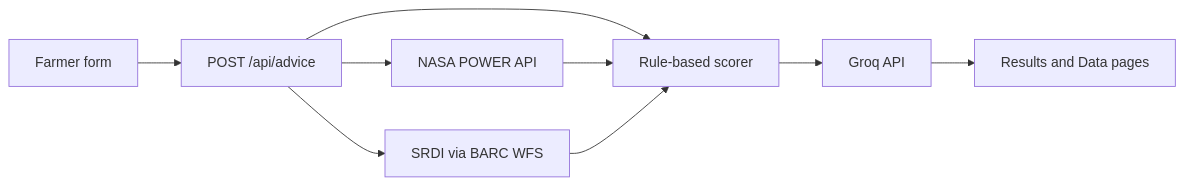
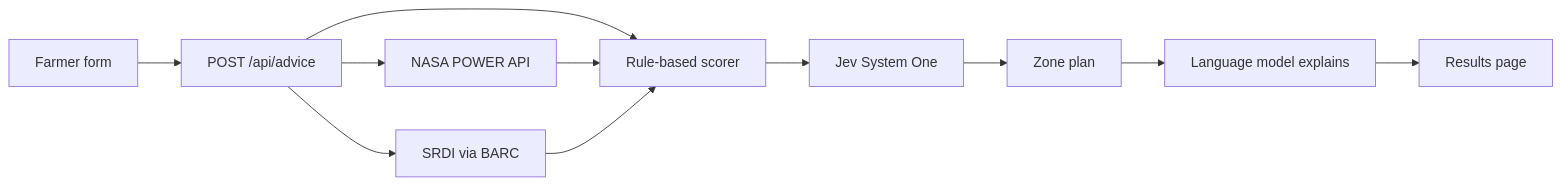
One commit to Itsmmdoha/nasa_sac changed the diagram in docs/how-it-works.md. Above: the diagram before and after it, drawn with Mermaid. The commit also changed other lines of this file and 80 other files, not shown here.

````diff
--- a/docs/how-it-works.md
+++ b/docs/how-it-works.md
@@ -5,11 +3,13 @@
 ```mermaid
 flowchart LR
     Farmer[Farmer form] --> Advice["POST /api/advice"]
     Advice --> Power[NASA POWER API]
-    Advice --> Soil[SRDI via BARC WFS]
+    Advice --> Soil[SRDI via BARC]
     Advice --> Scorer[Rule-based scorer]
     Power --> Scorer
     Soil --> Scorer
-    Scorer --> Groq[Groq API]
-    Groq --> Dashboard[Results and Data pages]
+    Scorer --> Jev[Jev System One]
+    Jev --> Zone[Zone plan]
+    Zone --> Groq[Language model explains]
+    Groq --> Results[Results page]
 ```
````
